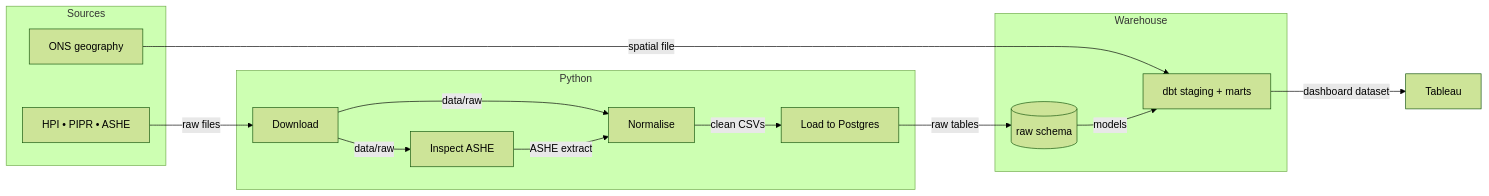
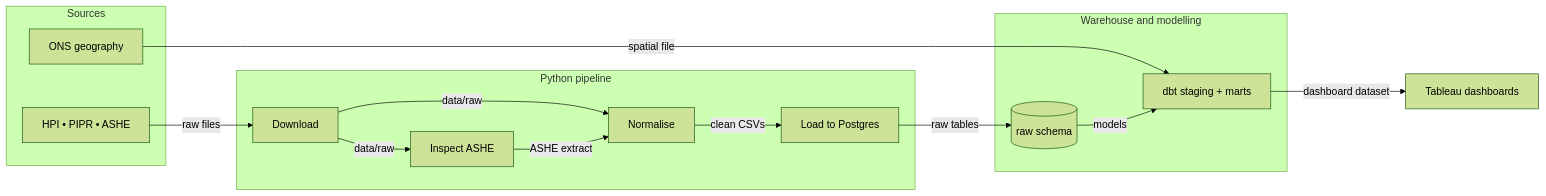
Before and after one commit to aosman101/london-housing-analytics: the diagram in README.md, drawn with Mermaid (forest theme). The commit also changed other lines of this file, not shown here.

Commit message:
Revise README to enhance project description, update progress details, and clarify architecture components

````diff
--- a/README.md
+++ b/README.md
@@ -37,31 +39,31 @@
 ```mermaid
 flowchart LR
     subgraph A[Sources]
         SRC[HPI • PIPR • ASHE]
         GEO[ONS geography]
     end
 
-    subgraph B[Python]
+    subgraph B[Python pipeline]
         EX[Download]
         INS[Inspect ASHE]
         NORM[Normalise]
         LOAD[Load to Postgres]
     end
 
-    subgraph C[Warehouse]
+    subgraph C[Warehouse and modelling]
         RAW[(raw schema)]
         DBT[dbt staging + marts]
     end
 
-    TAB[Tableau]
+    TAB[Tableau dashboards]
 
     SRC -->|raw files| EX
     EX -->|data/raw| INS
     EX -->|data/raw| NORM
     INS -->|ASHE extract| NORM
     GEO -->|spatial file| DBT
     NORM -->|clean CSVs| LOAD
     LOAD -->|raw tables| RAW
     RAW -->|models| DBT
     DBT -->|dashboard dataset| TAB
 ```
````
